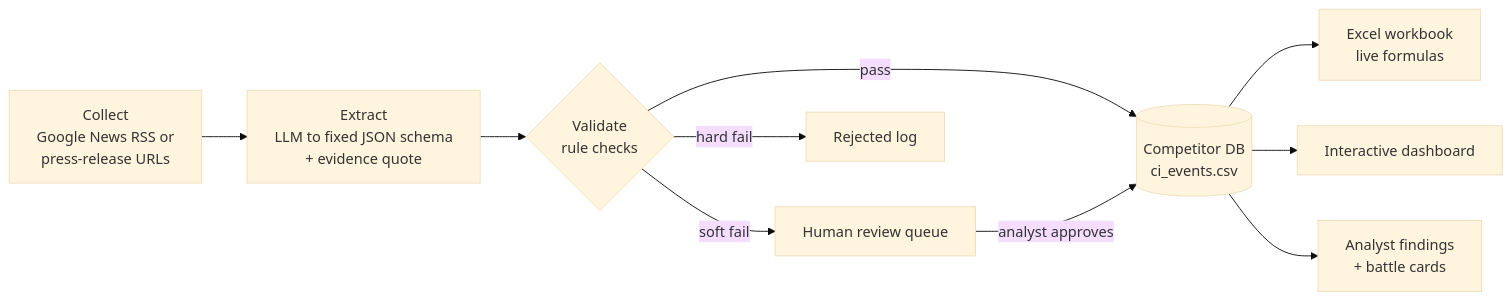
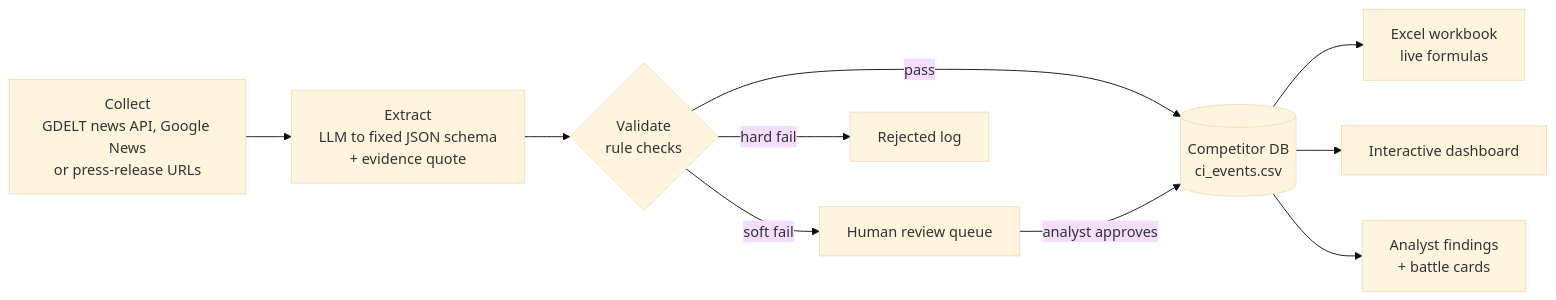
The diagram in README.md (lokpriye96/ai-ci-tracker), drawn with Mermaid (base theme) before and after one commit. The commit also changed other lines of this file and 6 other files, not shown here.

Commit message:
Run the pipeline live in GitHub Actions with GitHub Models; GDELT news collection; run log

````diff
--- a/README.md
+++ b/README.md
@@ -40,12 +40,12 @@
 ```mermaid
 flowchart LR
-    A[Collect<br/>Google News RSS or<br/>press-release URLs] --> B[Extract<br/>LLM to fixed JSON schema<br/>+ evidence quote]
+    A[Collect<br/>GDELT news API, Google News<br/>or press-release URLs] --> B[Extract<br/>LLM to fixed JSON schema<br/>+ evidence quote]
     B --> C{Validate<br/>rule checks}
     C -->|pass| D[(Competitor DB<br/>ci_events.csv)]
     C -->|soft fail| E[Human review queue]
     C -->|hard fail| F[Rejected log]
     E -->|analyst approves| D
     D --> G[Excel workbook<br/>live formulas]
     D --> H[Interactive dashboard]
     D --> I[Analyst findings<br/>+ battle cards]
 ```
````
